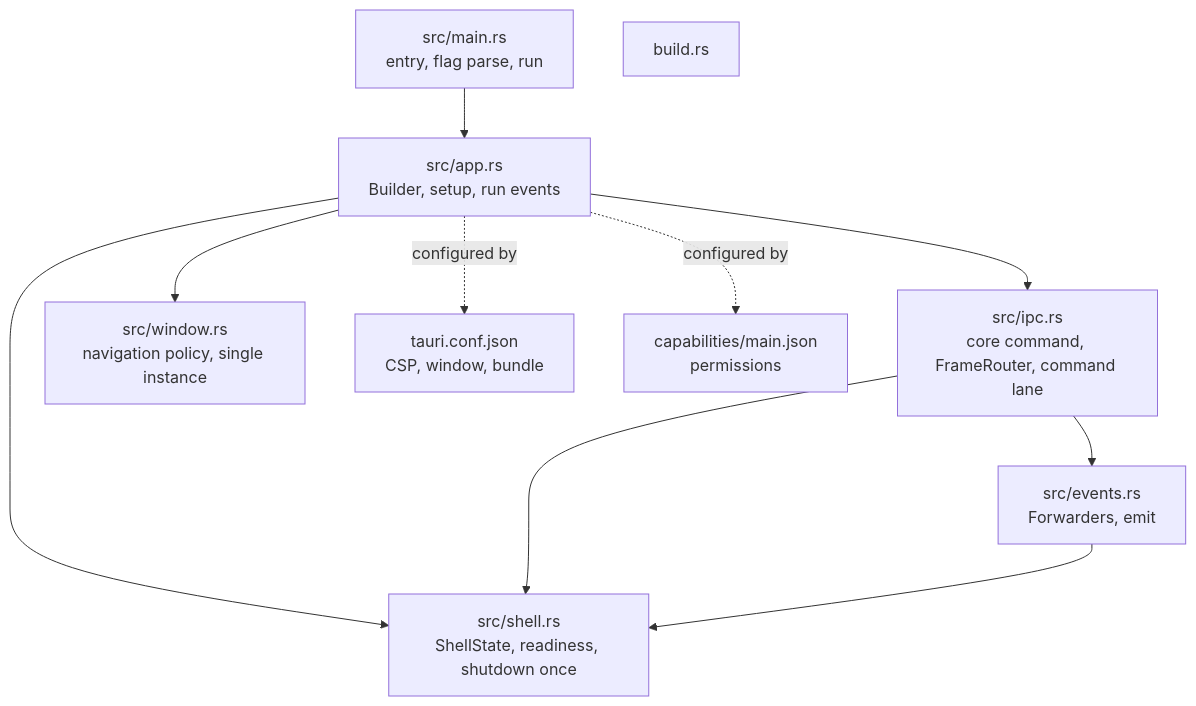
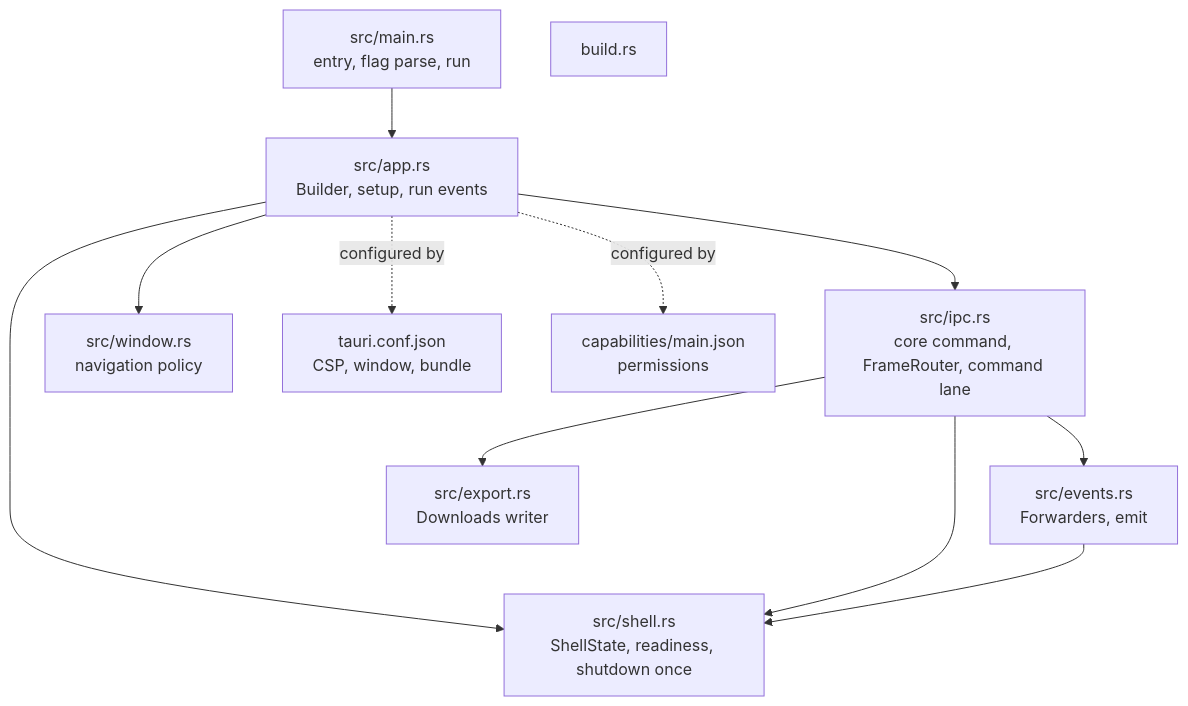
The second of 6 diagrams in docs/design/SDD-desktop-tauri.md (bprascher/chess), drawn with Mermaid before and after one commit. The commit also changed other lines of this file and 17 other files, not shown here.

First line of the commit message:
Apply architecture addendum B and C to the SDDs and add the v0.4 consistency pass

````diff
--- a/docs/design/SDD-desktop-tauri.md
+++ b/docs/design/SDD-desktop-tauri.md
@@ -103,21 +104,23 @@
 ```mermaid
 flowchart TB
     main["src/main.rs<br/>entry, flag parse, run"]
     app["src/app.rs<br/>Builder, setup, run events"]
     shell["src/shell.rs<br/>ShellState, readiness, shutdown once"]
     ipc["src/ipc.rs<br/>core command, FrameRouter, command lane"]
     ev["src/events.rs<br/>Forwarders, emit"]
-    win["src/window.rs<br/>navigation policy, single instance"]
+    win["src/window.rs<br/>navigation policy"]
+    exp["src/export.rs<br/>Downloads writer"]
     conf["tauri.conf.json<br/>CSP, window, bundle"]
     cap["capabilities/main.json<br/>permissions"]
     build["build.rs"]
     main --> app
     app --> shell
     app --> ipc
     app --> win
+    ipc --> exp
     ipc --> shell
     ipc --> ev
     ev --> shell
     app -. configured by .-> conf
     app -. configured by .-> cap
 ```
````
